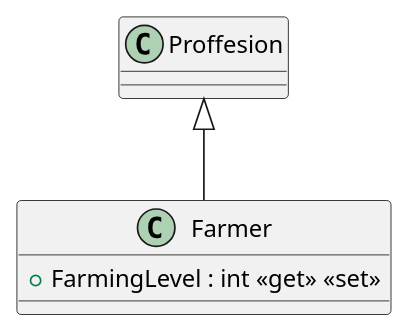
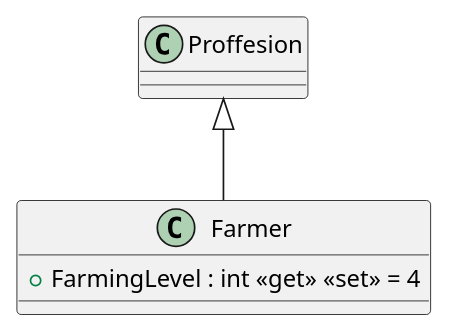
Before and after one commit to kollibroman/ColonySimulator: the diagram in UmlSchemas/Models/Professions/Farmer.puml, drawn with PlantUML. The commit also changed 20 other files, not shown here.

Commit message:
Change object schema and add startup class

```diff
--- a/UmlSchemas/Models/Professions/Farmer.puml
+++ b/UmlSchemas/Models/Professions/Farmer.puml
@@ -1,6 +1,6 @@
 @startuml
 class Farmer {
-    + FarmingLevel : int <<get>> <<set>>
+    + FarmingLevel : int <<get>> <<set>> = 4
 }
 Proffesion <|-- Farmer
 @enduml
```
